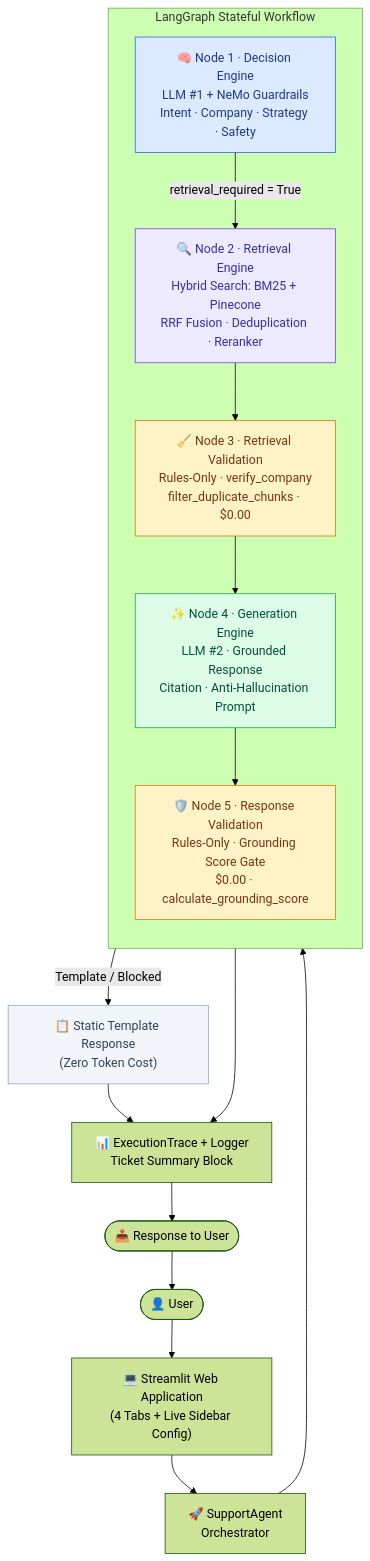
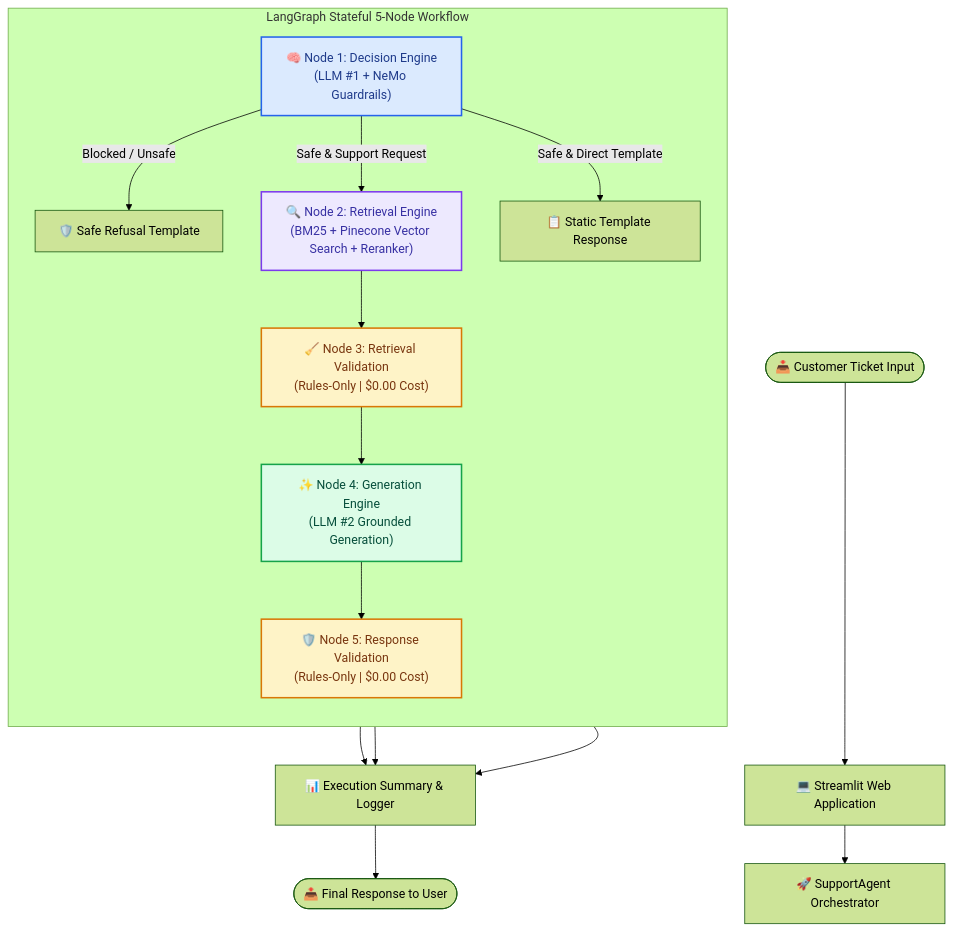
The first of 2 diagrams in README.md (ChandraCherupally/SupportSphere-AI), drawn with Mermaid (forest theme) before and after one commit. The commit also changed other lines of this file, not shown here.

````diff
--- a/README.md
+++ b/README.md
@@ -158,37 +100,34 @@
 ```mermaid
 flowchart TD
-    User(["👤 User"])
-    UI["💻 Streamlit Web Application\n(4 Tabs + Live Sidebar Config)"]
-    Agent["🚀 SupportAgent\nOrchestrator"]
-
-    subgraph LangGraph ["LangGraph Stateful Workflow"]
+    User([📥 Customer Ticket Input]) --> UI[💻 Streamlit Web Application]
+    UI --> Agent[🚀 SupportAgent Orchestrator]
+    
+    subgraph LangGraph ["LangGraph Stateful 5-Node Workflow"]
         direction TB
-        N1["🧠 Node 1 · Decision Engine\nLLM #1 + NeMo Guardrails\nIntent · Company · Strategy · Safety"]
-        N2["🔍 Node 2 · Retrieval Engine\nHybrid Search: BM25 + Pinecone\nRRF Fusion · Deduplication · Reranker"]
-        N3["🧹 Node 3 · Retrieval Validation\nRules-Only · verify_company\nfilter_duplicate_chunks · $0.00"]
-        N4["✨ Node 4 · Generation Engine\nLLM #2 · Grounded Response\nCitation · Anti-Hallucination Prompt"]
-        N5["🛡️ Node 5 · Response Validation\nRules-Only · Grounding Score Gate\n$0.00 · calculate_grounding_score"]
+        
+        N1["🧠 Node 1: Decision Engine\n(LLM #1 + NeMo Guardrails)"]
+        N2["🔍 Node 2: Retrieval Engine\n(BM25 + Pinecone Vector Search + Reranker)"]
+        N3["🧹 Node 3: Retrieval Validation\n(Rules-Only | $0.00 Cost)"]
+        N4["✨ Node 4: Generation Engine\n(LLM #2 Grounded Generation)"]
+        N5["🛡️ Node 5: Response Validation\n(Rules-Only | $0.00 Cost)"]
+        
+        N1 -->|Blocked / Unsafe| Refusal["🛡️ Safe Refusal Template"]
+        N1 -->|Safe & Support Request| N2
+        N1 -->|Safe & Direct Template| Template["📋 Static Template Response"]
+        
+        N2 --> N3
+        N3 --> N4
+        N4 --> N5
     end
 
-    Blocked["📋 Static Template Response\n(Zero Token Cost)"]
-    Summary["📊 ExecutionTrace + Logger\nTicket Summary Block"]
-    Output(["📤 Response to User"])
+    Refusal --> Summary[📊 Execution Summary & Logger]
+    Template --> Summary
+    N5 --> Summary
+    Summary --> Output([📤 Final Response to User])
 
-    User --> UI --> Agent
-    Agent --> N1
-
-    N1 -->|"retrieval_required = True"| N2
-    N1 -->|"Template / Blocked"| Blocked
-    N2 --> N3 --> N4 --> N5
-
-    Blocked --> Summary
-    N5 --> Summary
-    Summary --> Output --> User
-
-    style N1 fill:#dbeafe,stroke:#2563eb,color:#1e3a8a
-    style N2 fill:#ede9fe,stroke:#7c3aed,color:#3730a3
-    style N3 fill:#fef3c7,stroke:#d97706,color:#78350f
-    style N4 fill:#dcfce7,stroke:#16a34a,color:#064e3b
-    style N5 fill:#fef3c7,stroke:#d97706,color:#78350f
-    style Blocked fill:#f1f5f9,stroke:#94a3b8,color:#334155
+    style N1 fill:#dbeafe,stroke:#2563eb,stroke-width:2px,color:#1e3a8a
+    style N2 fill:#ede9fe,stroke:#7c3aed,stroke-width:2px,color:#3730a3
+    style N3 fill:#fef3c7,stroke:#d97706,stroke-width:2px,color:#78350f
+    style N4 fill:#dcfce7,stroke:#16a34a,stroke-width:2px,color:#064e3b
+    style N5 fill:#fef3c7,stroke:#d97706,stroke-width:2px,color:#78350f
 ```
````
